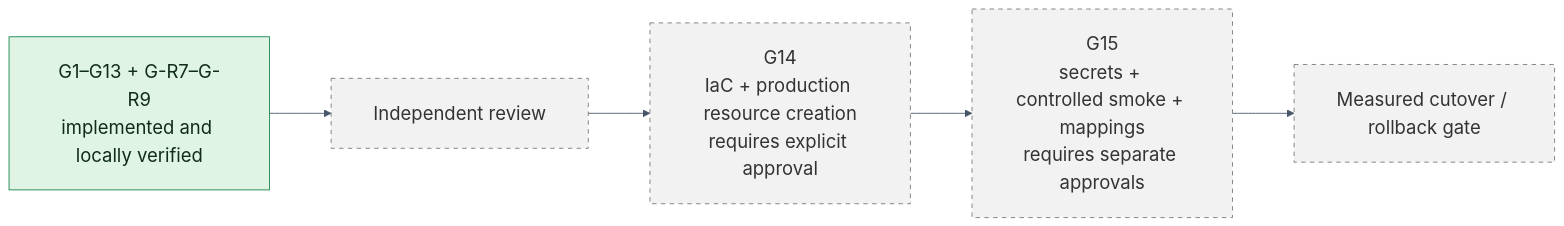
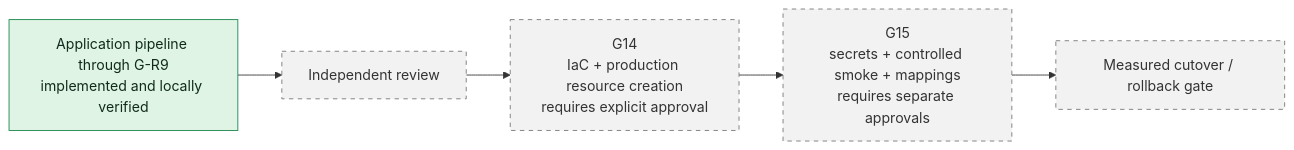
The fourth of 4 diagrams in IMPLEMENTED_AWS_PIPELINE_ARCHITECTURE.md (haritchowdhury/ShopSniper), drawn with Mermaid before and after one commit. The commit also changed other lines of this file, not shown here.

````diff
--- a/IMPLEMENTED_AWS_PIPELINE_ARCHITECTURE.md
+++ b/IMPLEMENTED_AWS_PIPELINE_ARCHITECTURE.md
@@ -498,13 +246,12 @@
 ```mermaid
-%%{init: {"theme":"base","themeVariables":{"fontFamily":"Arial, sans-serif","fontSize":"21px","lineColor":"#475569"},"flowchart":{"curve":"basis","nodeSpacing":55,"rankSpacing":70,"padding":24,"htmlLabels":true,"useMaxWidth":true}}}%%
 flowchart LR
-    DONE["G1–G13 + G-R7–G-R9<br/>implemented and locally verified"] --> REVIEW["Independent review"]
+    DONE["Application pipeline through G-R9<br/>implemented and locally verified"] --> REVIEW["Independent review"]
     REVIEW --> G14["G14<br/>IaC + production resource creation<br/>requires explicit approval"]
     G14 --> G15["G15<br/>secrets + controlled smoke + mappings<br/>requires separate approvals"]
     G15 --> CUTOVER["Measured cutover / rollback gate"]
 
     classDef complete fill:#dff4e4,stroke:#18864b,color:#102b1c;
     classDef parked fill:#f2f2f2,stroke:#777,color:#333,stroke-dasharray: 5 5;
     class DONE complete;
     class REVIEW,G14,G15,CUTOVER parked;
 ```
````
